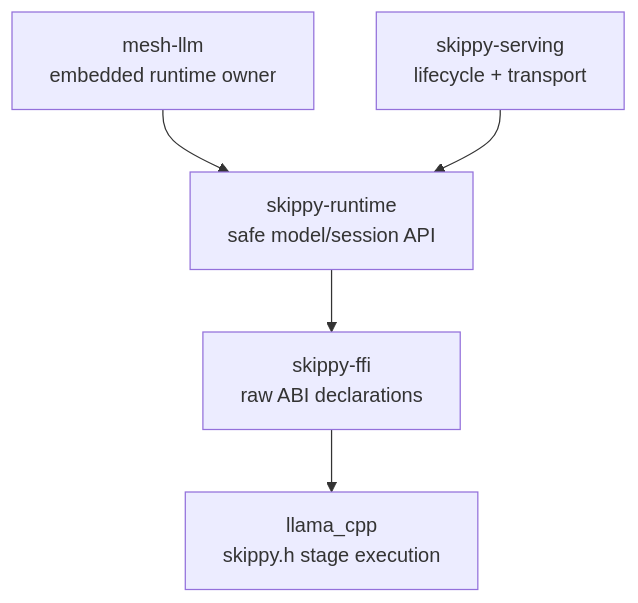
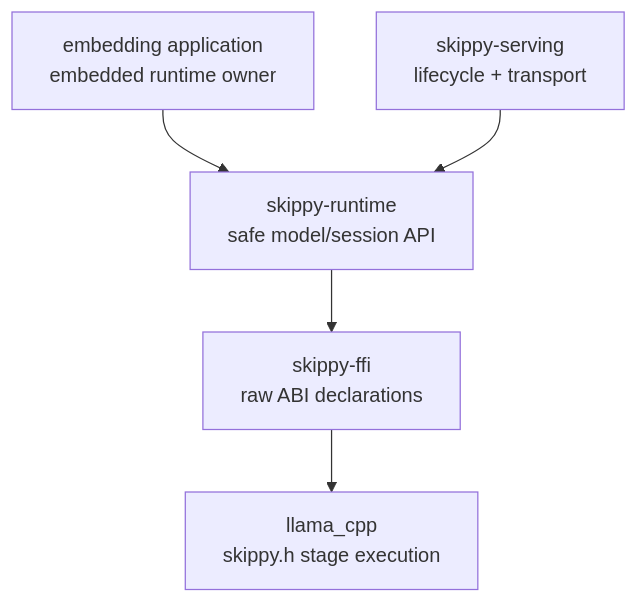
Before and after one commit to Mesh-LLM/skippy: the first of 2 diagrams in crates/skippy-ffi/README.md, drawn with Mermaid. The commit also changed other lines of this file and 463 other files, not shown here.

````diff
--- a/crates/skippy-ffi/README.md
+++ b/crates/skippy-ffi/README.md
@@ -24,7 +24,7 @@
 ```mermaid
 flowchart TB
-    Mesh["mesh-llm<br/>embedded runtime owner"] --> Runtime
+    Host["embedding application<br/>embedded runtime owner"] --> Runtime
     Server["skippy-serving<br/>lifecycle + transport"] --> Runtime["skippy-runtime<br/>safe model/session API"]
     Runtime --> FFI["skippy-ffi<br/>raw ABI declarations"]
     FFI --> Llama["llama_cpp<br/>skippy.h stage execution"]
 ```
````
